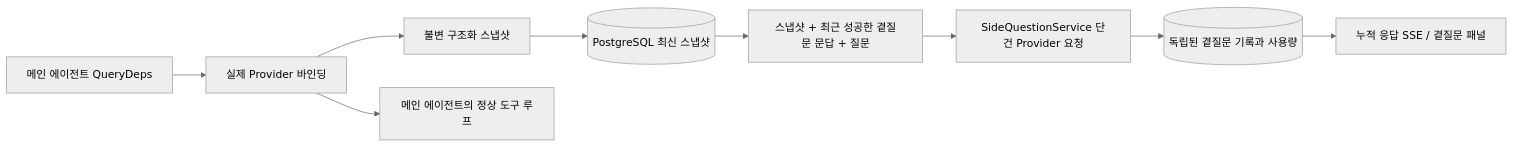
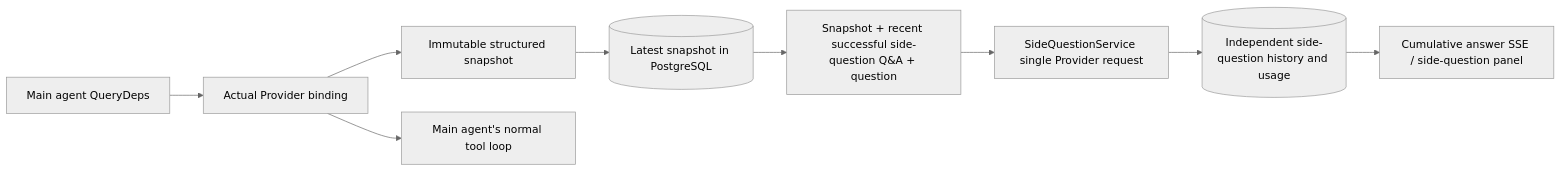
One commit to jiwoochris/artex-global changed the diagram in sidequestion/README.md. Above: the diagram before and after it, drawn with Mermaid (neutral theme). The commit also changed other lines of this file and 376 other files, not shown here.

````diff
--- a/sidequestion/README.md
+++ b/sidequestion/README.md
@@ -15,11 +15,11 @@
 ```mermaid
 flowchart LR
-    A[메인 에이전트 QueryDeps] --> B[실제 Provider 바인딩]
-    B --> C[불변 구조화 스냅샷]
-    B --> D[메인 에이전트의 정상 도구 루프]
-    C --> E[(PostgreSQL 최신 스냅샷)]
-    E --> F[스냅샷 + 최근 성공한 곁질문 문답 + 질문]
-    F --> G[SideQuestionService 단건 Provider 요청]
-    G --> H[(독립된 곁질문 기록과 사용량)]
-    H --> I[누적 응답 SSE / 곁질문 패널]
+    A[Main agent QueryDeps] --> B[Actual Provider binding]
+    B --> C[Immutable structured snapshot]
+    B --> D[Main agent's normal tool loop]
+    C --> E[(Latest snapshot in PostgreSQL)]
+    E --> F[Snapshot + recent successful side-question Q&A + question]
+    F --> G[SideQuestionService single Provider request]
+    G --> H[(Independent side-question history and usage)]
+    H --> I[Cumulative answer SSE / side-question panel]
 ```
````
